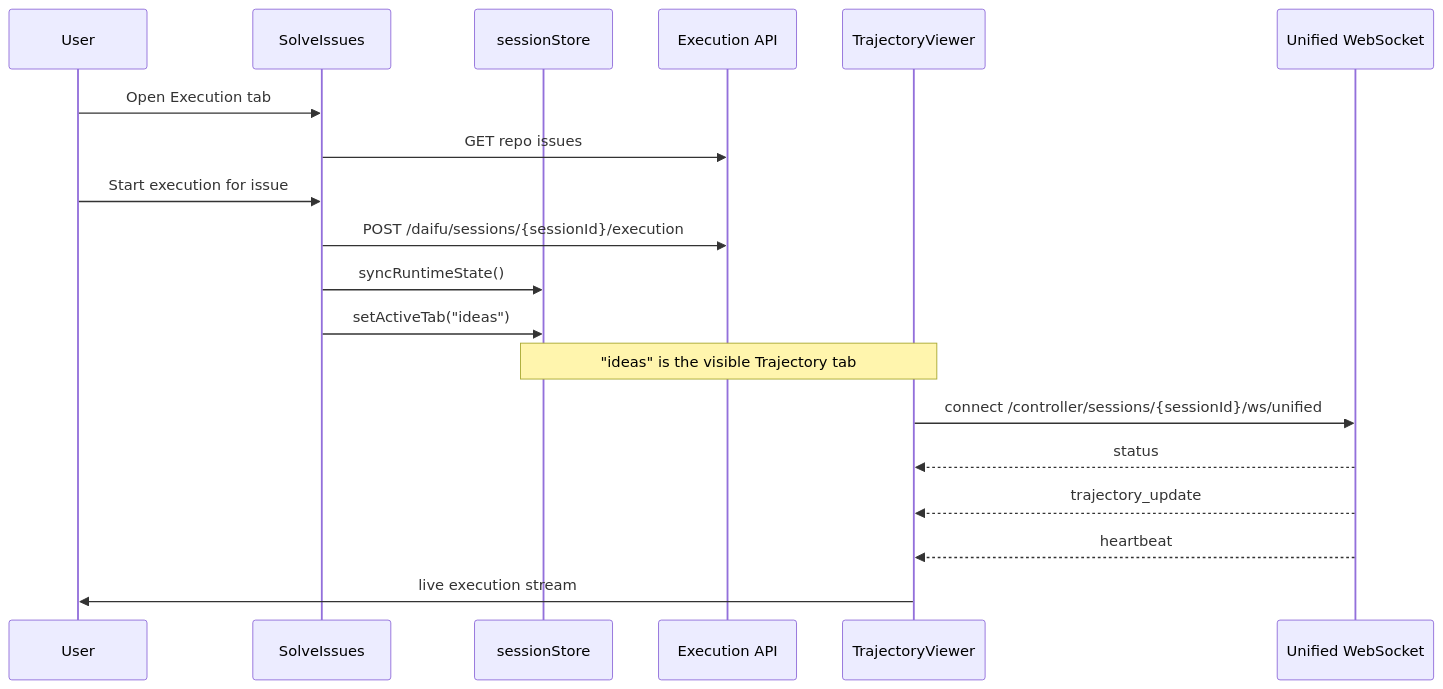
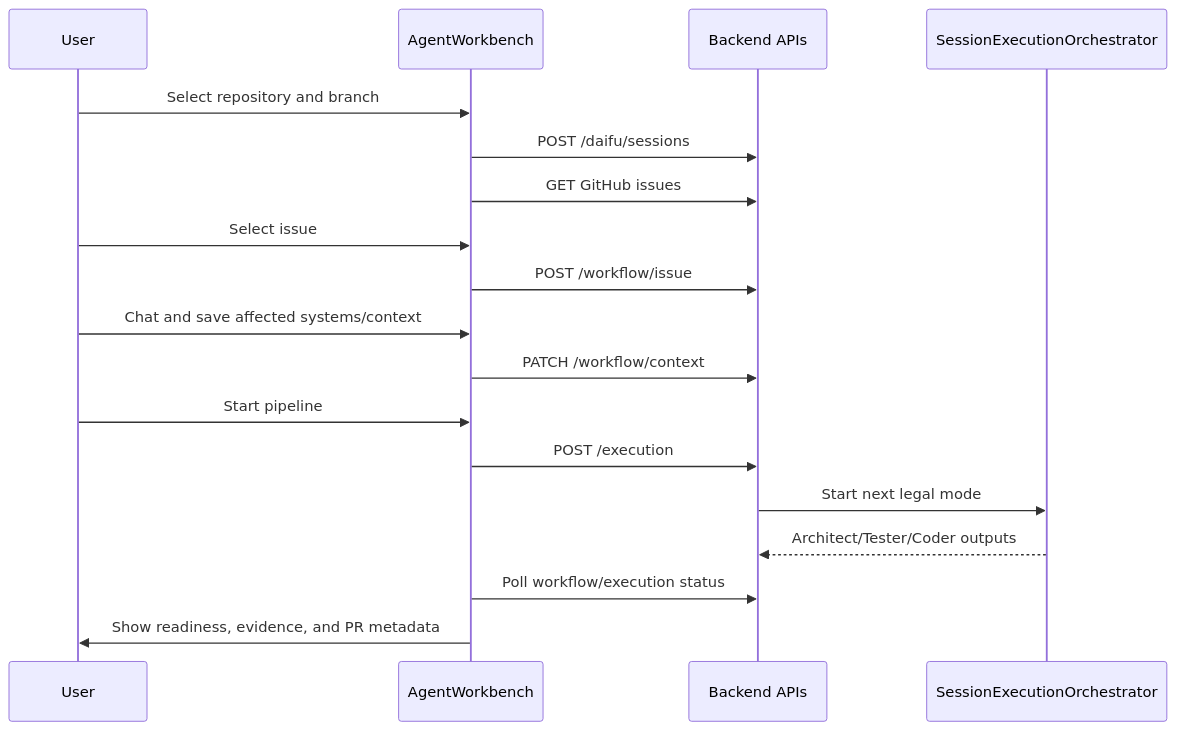
Before and after one commit to pranay5255/YudaiV3: the third of 3 diagrams in docs/frontend-architecture.md, drawn with Mermaid. The commit also changed other lines of this file, not shown here.

Commit message:
docs(frontend): refresh frontend architecture guide

````diff
--- a/docs/frontend-architecture.md
+++ b/docs/frontend-architecture.md
@@ -516,24 +210,21 @@
 ```mermaid
 sequenceDiagram
     participant U as User
-    participant Solve as SolveIssues
-    participant Store as sessionStore
-    participant ExecAPI as Execution API
-    participant Traj as TrajectoryViewer
-    participant WS as Unified WebSocket
+    participant WB as AgentWorkbench
+    participant API as Backend APIs
+    participant ORCH as SessionExecutionOrchestrator
 
-    U->>Solve: Open Execution tab
-    Solve->>ExecAPI: GET repo issues
-    U->>Solve: Start execution for issue
-    Solve->>ExecAPI: POST /daifu/sessions/{sessionId}/execution
-    Solve->>Store: syncRuntimeState()
-    Solve->>Store: setActiveTab("ideas")
-
-    Note over Store,Traj: "ideas" is the visible Trajectory tab
-
-    Traj->>WS: connect /controller/sessions/{sessionId}/ws/unified
-    WS-->>Traj: status
-    WS-->>Traj: trajectory_update
-    WS-->>Traj: heartbeat
-    Traj->>U: live execution stream
+    U->>WB: Select repository and branch
+    WB->>API: POST /daifu/sessions
+    WB->>API: GET GitHub issues
+    U->>WB: Select issue
+    WB->>API: POST /workflow/issue
+    U->>WB: Chat and save affected systems/context
+    WB->>API: PATCH /workflow/context
+    U->>WB: Start pipeline
+    WB->>API: POST /execution
+    API->>ORCH: Start next legal mode
+    ORCH-->>API: Architect/Tester/Coder outputs
+    WB->>API: Poll workflow/execution status
+    WB->>U: Show readiness, evidence, and PR metadata
 ```
````
